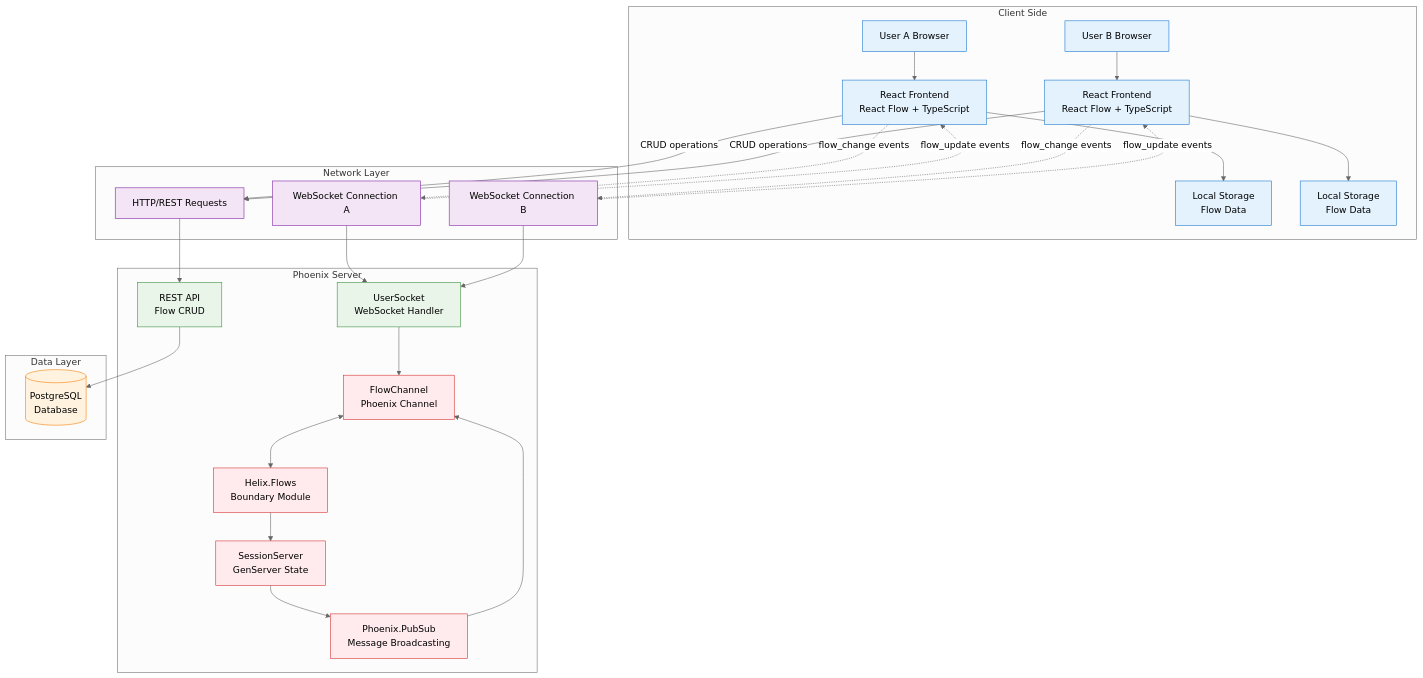
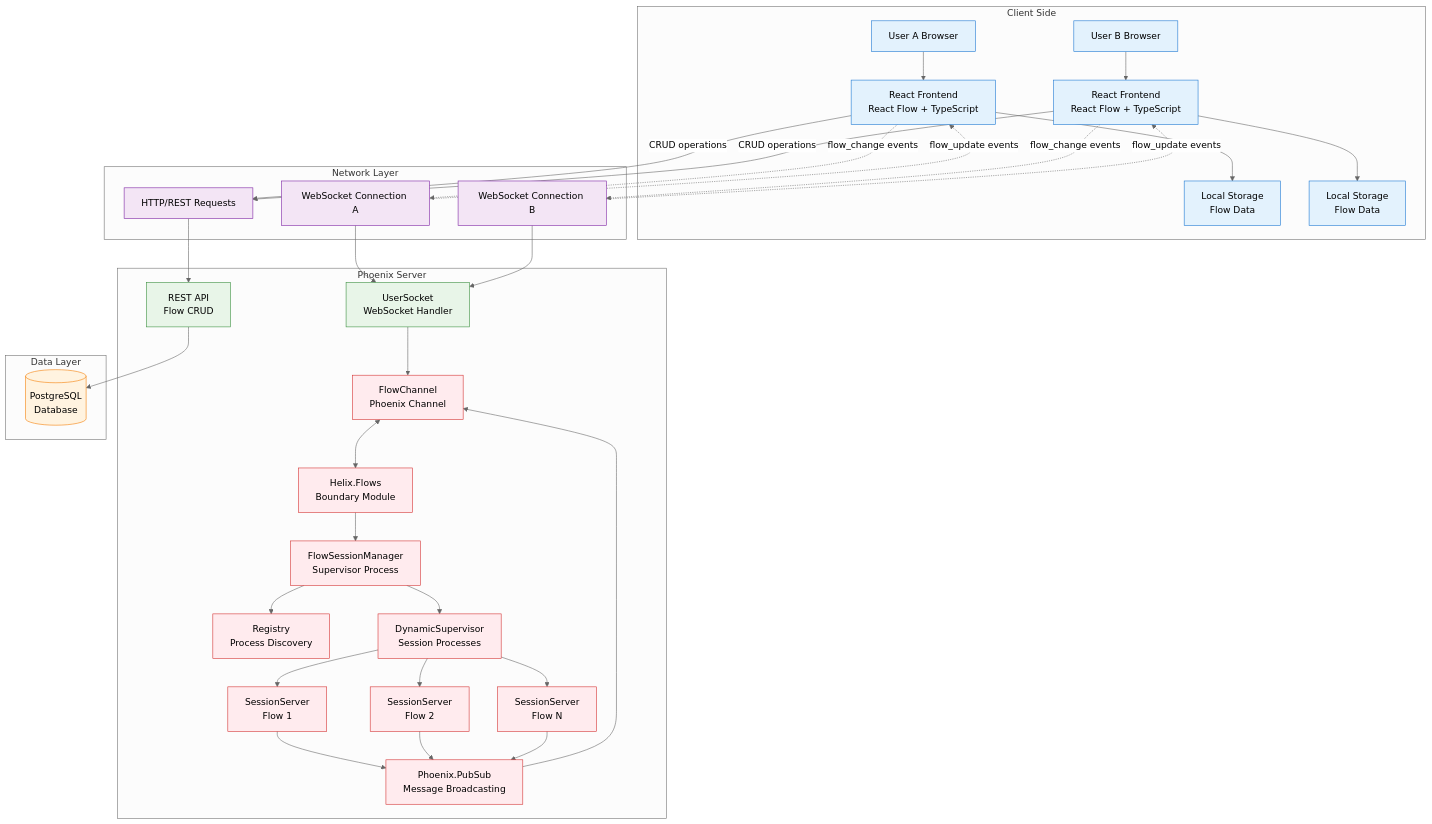
The first of 3 diagrams in docs/architecture.md (ccarvalho-eng/helix), drawn with Mermaid before and after one commit. The commit also changed other lines of this file and 13 other files, not shown here.

First line of the commit message:
refactor(flows)!: Complete production-hardened OTP architecture redesign

````diff
--- a/docs/architecture.md
+++ b/docs/architecture.md
@@ -7,65 +7,77 @@
 ```mermaid
 %%{init: {'theme':'neutral'}}%%
 graph TB
     subgraph "Client Side"
         UA[User A Browser]
         UB[User B Browser]
         FEA[React Frontend<br/>React Flow + TypeScript]
         FEB[React Frontend<br/>React Flow + TypeScript]
         LSA[Local Storage<br/>Flow Data]
         LSB[Local Storage<br/>Flow Data]
 
         UA --> FEA
         UB --> FEB
         FEA --> LSA
         FEB --> LSB
     end
 
     subgraph "Network Layer"
         WSA[WebSocket Connection A]
         WSB[WebSocket Connection B]
         HTTP[HTTP/REST Requests]
 
         FEA -.->|flow_change events| WSA
         FEB -.->|flow_change events| WSB
         WSA -.->|flow_update events| FEA
         WSB -.->|flow_update events| FEB
         FEA -->|CRUD operations| HTTP
         FEB -->|CRUD operations| HTTP
     end
 
     subgraph "Phoenix Server"
         US[UserSocket<br/>WebSocket Handler]
         FC[FlowChannel<br/>Phoenix Channel]
         FB[Helix.Flows<br/>Boundary Module]
-        SS[SessionServer<br/>GenServer State]
+        FSM[FlowSessionManager<br/>Supervisor Process]
+        REG[Registry<br/>Process Discovery]
+        DS[DynamicSupervisor<br/>Session Processes]
+        SS1[SessionServer<br/>Flow 1]
+        SS2[SessionServer<br/>Flow 2]
+        SSN[SessionServer<br/>Flow N]
         PUB[Phoenix.PubSub<br/>Message Broadcasting]
         API[REST API<br/>Flow CRUD]
 
         WSA --> US
         WSB --> US
         US --> FC
         FC <--> FB
-        FB --> SS
-        SS --> PUB
+        FB --> FSM
+        FSM --> REG
+        FSM --> DS
+        DS --> SS1
+        DS --> SS2
+        DS --> SSN
+        SS1 --> PUB
+        SS2 --> PUB
+        SSN --> PUB
         PUB --> FC
         HTTP --> API
     end
 
     subgraph "Data Layer"
         PG[(PostgreSQL<br/>Database)]
         API --> PG
     end
 
     classDef client fill:#e3f2fd,stroke:#1976d2,color:#000
     classDef network fill:#f3e5f5,stroke:#7b1fa2,color:#000
     classDef server fill:#e8f5e8,stroke:#388e3c,color:#000
     classDef database fill:#fff3e0,stroke:#f57c00,color:#000
     classDef realtime fill:#ffebee,stroke:#d32f2f,color:#000
 
     class UA,UB,FEA,FEB,LSA,LSB client
     class WSA,WSB,HTTP network
     class US,API server
-    class FC,FB,SS,PUB realtime
+    class FC,FB,FSM,REG,DS,SS1,SS2,SSN,PUB realtime
     class PG database
 ```
````
